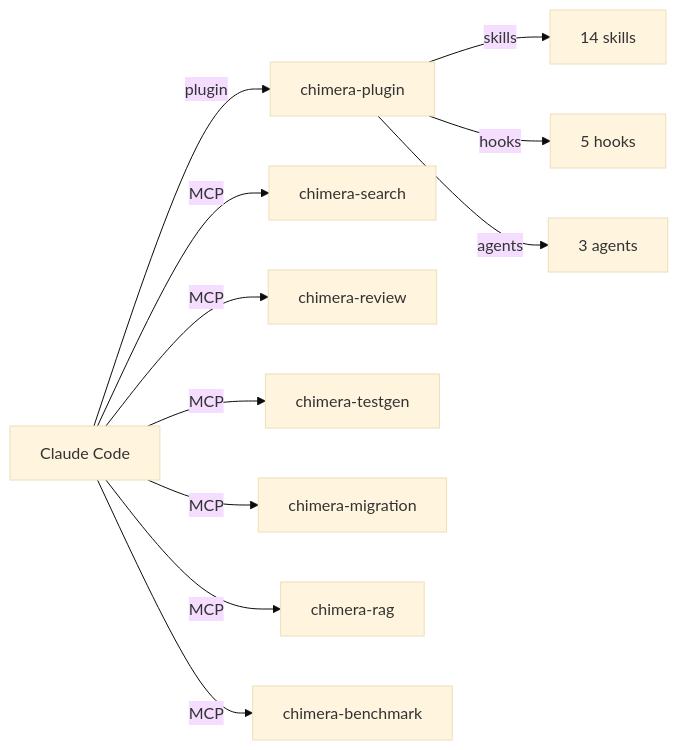
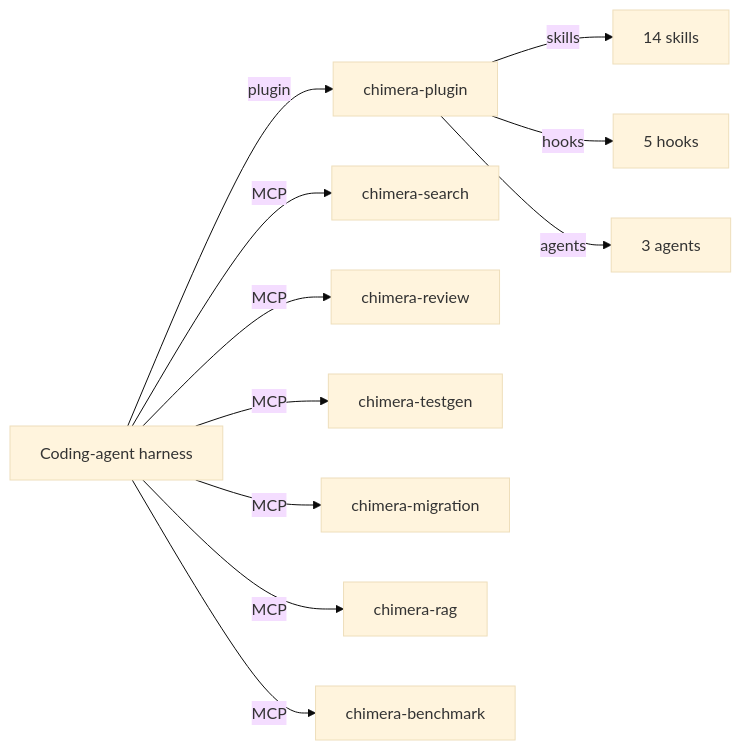
One commit to 0bserver07/chimera changed the diagram in docs/playbooks/00-quick-start.md. Above: the diagram before and after it, drawn with Mermaid (base theme). The commit also changed other lines of this file and 17 other files, not shown here.

````diff
--- a/docs/playbooks/00-quick-start.md
+++ b/docs/playbooks/00-quick-start.md
@@ -11,13 +11,13 @@
 ```mermaid
 graph LR
-    CC[Claude Code] -->|plugin| P[chimera-plugin]
+    H0[Coding-agent harness] -->|plugin| P[chimera-plugin]
     P -->|skills| S[14 skills]
     P -->|hooks| H[5 hooks]
     P -->|agents| A[3 agents]
-    CC -->|MCP| M1[chimera-search]
-    CC -->|MCP| M2[chimera-review]
-    CC -->|MCP| M3[chimera-testgen]
-    CC -->|MCP| M4[chimera-migration]
-    CC -->|MCP| M5[chimera-rag]
-    CC -->|MCP| M6[chimera-benchmark]
+    H0 -->|MCP| M1[chimera-search]
+    H0 -->|MCP| M2[chimera-review]
+    H0 -->|MCP| M3[chimera-testgen]
+    H0 -->|MCP| M4[chimera-migration]
+    H0 -->|MCP| M5[chimera-rag]
+    H0 -->|MCP| M6[chimera-benchmark]
 ```
````
